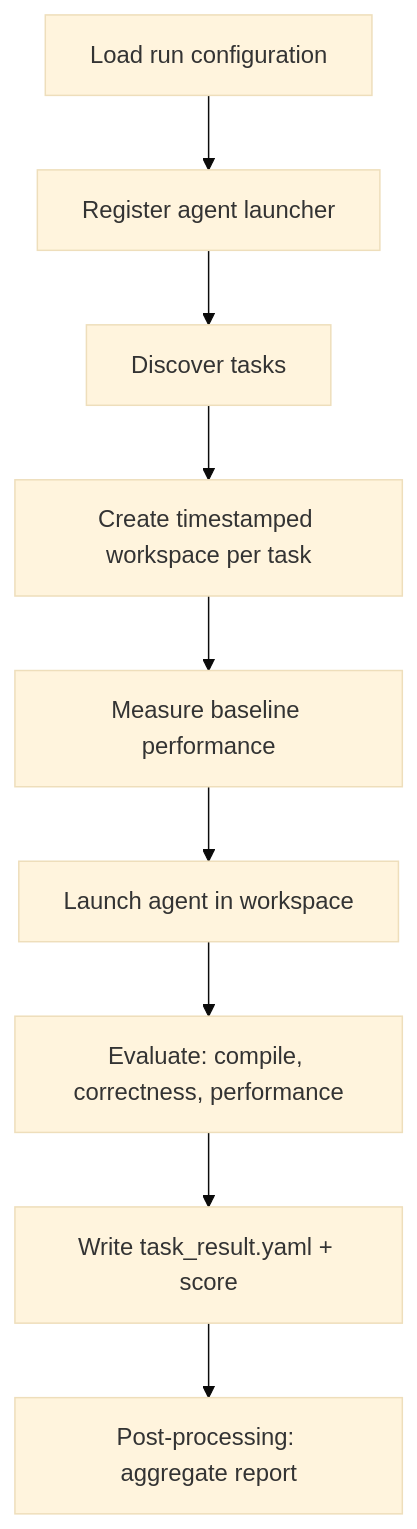
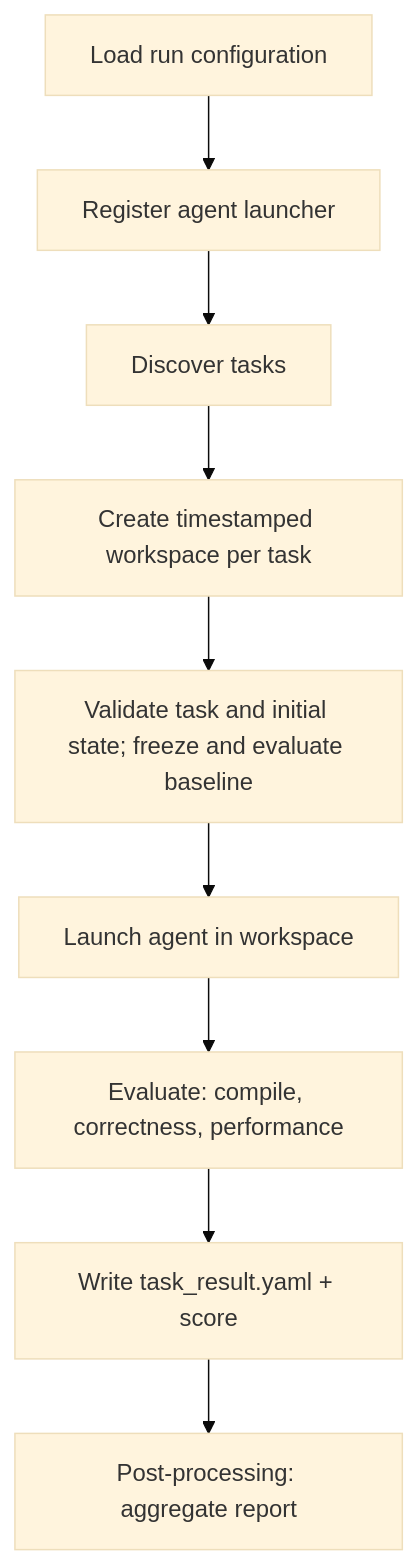
The diagram in docs/how-to/run-evaluation.md (AMD-AGI/AgentKernelArena), drawn with Mermaid (base theme) before and after one commit. The commit also changed other lines of this file and 9 other files, not shown here.

````diff
--- a/docs/how-to/run-evaluation.md
+++ b/docs/how-to/run-evaluation.md
@@ -150,11 +150,11 @@
 ```mermaid
 flowchart TD
     A[Load run configuration] --> B[Register agent launcher]
     B --> C[Discover tasks]
     C --> D[Create timestamped workspace per task]
-    D --> E[Measure baseline performance]
+    D --> E[Validate task and initial state; freeze and evaluate baseline]
     E --> F[Launch agent in workspace]
     F --> G[Evaluate: compile, correctness, performance]
     G --> H[Write task_result.yaml + score]
     H --> I[Post-processing: aggregate report]
 ```
````
